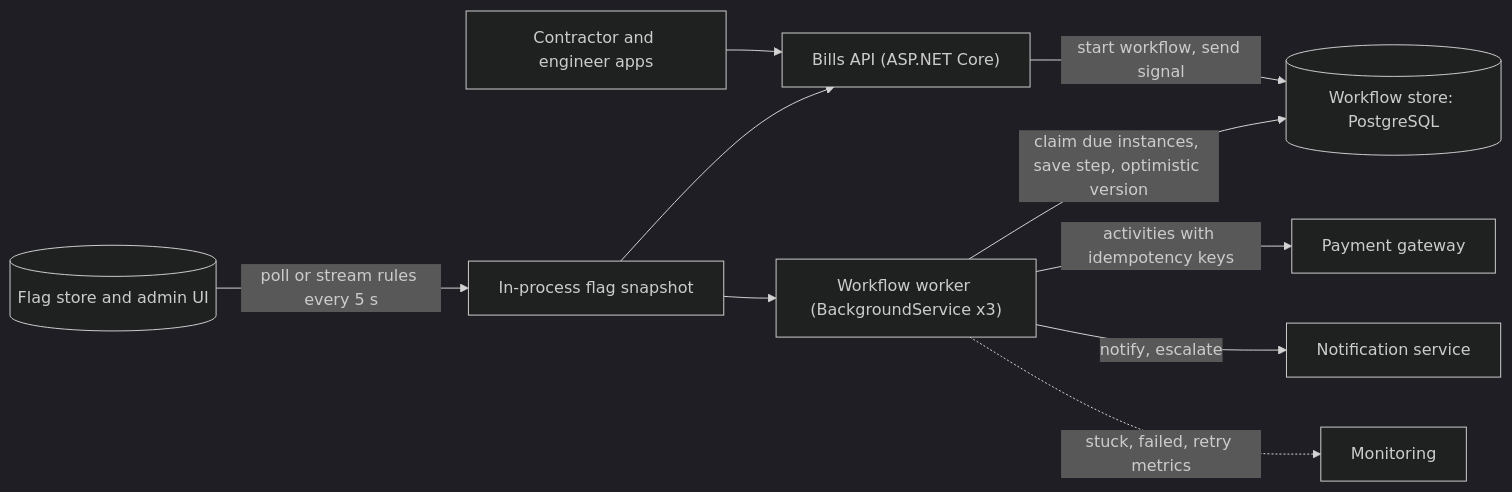
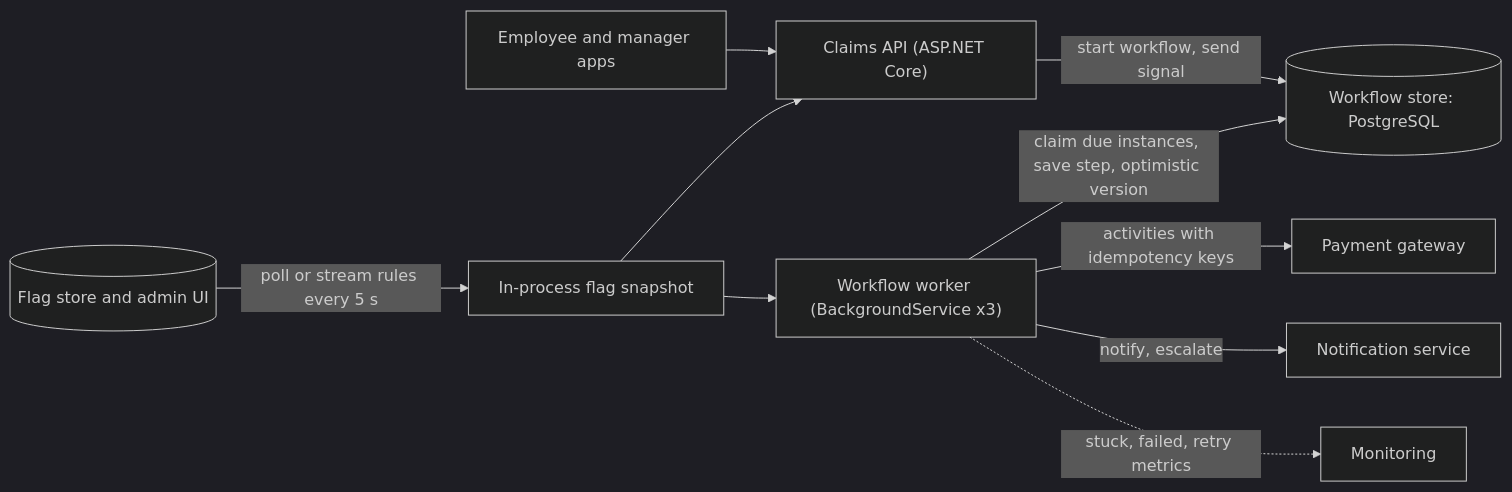
The first of 3 diagrams in content/lessons/m16/m16-workflow-engines.md (rizwi0786/system-design-lab), drawn with Mermaid (dark theme) before and after one commit. The commit also changed other lines of this file and 334 other files, not shown here.

````diff
--- a/content/lessons/m16/m16-workflow-engines.md
+++ b/content/lessons/m16/m16-workflow-engines.md
@@ -254,12 +255,12 @@
 ```mermaid
 flowchart LR
-    C["Contractor and engineer apps"] --> API["Bills API (ASP.NET Core)"]
+    C["Employee and manager apps"] --> API["Claims API (ASP.NET Core)"]
     API -->|"start workflow, send signal"| WS[("Workflow store: PostgreSQL")]
     W["Workflow worker (BackgroundService x3)"] -->|"claim due instances, save step, optimistic version"| WS
     W -->|"activities with idempotency keys"| PAY["Payment gateway"]
     W -->|"notify, escalate"| NOTIFY["Notification service"]
     FS[("Flag store and admin UI")] -->|"poll or stream rules every 5 s"| SNAP["In-process flag snapshot"]
     SNAP --> API
     SNAP --> W
     W -.->|"stuck, failed, retry metrics"| MON["Monitoring"]
 ```
````
